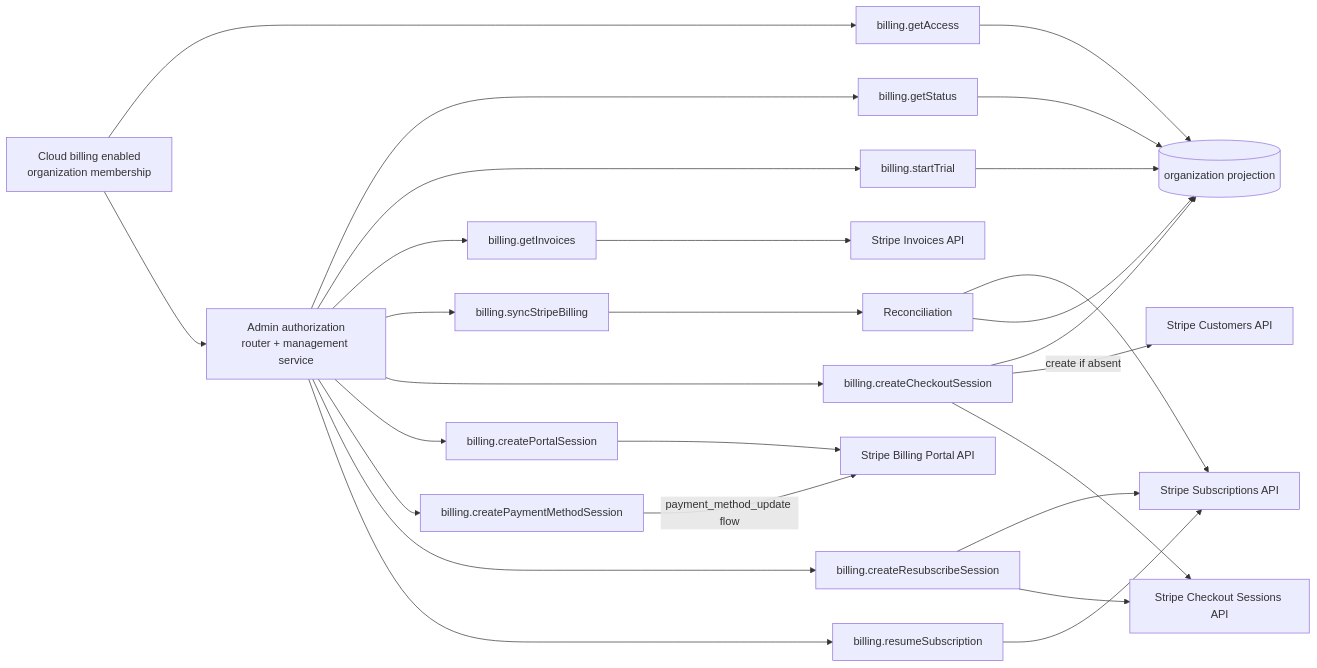
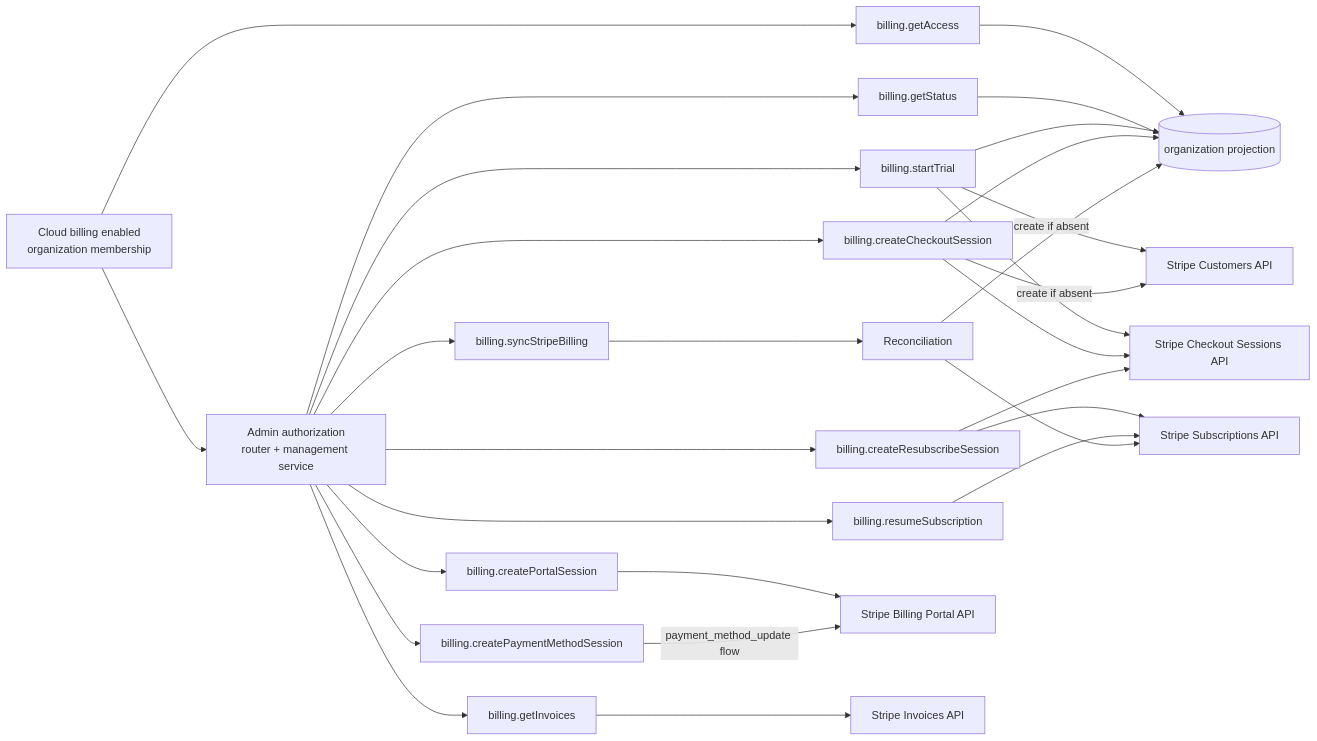
Before and after one commit to getnao/nao: the sixth of 14 diagrams in apps/backend/docs/cloud-billing-stripe.md, drawn with Mermaid. The commit also changed other lines of this file and 27 other files, not shown here.

````diff
--- a/apps/backend/docs/cloud-billing-stripe.md
+++ b/apps/backend/docs/cloud-billing-stripe.md
@@ -293,43 +344,46 @@
 ```mermaid
 flowchart LR
     MemberGuard["Cloud billing enabled<br/>organization membership"]
     AdminGuard["Admin authorization<br/>router + management service"]
 
     AccessSummary["billing.getAccess"]
     Status["billing.getStatus"]
     StartTrial["billing.startTrial"]
     Invoices["billing.getInvoices"]
     Sync["billing.syncStripeBilling"]
     Checkout["billing.createCheckoutSession"]
     Portal["billing.createPortalSession"]
     Payment["billing.createPaymentMethodSession"]
     Resubscribe["billing.createResubscribeSession"]
     Resume["billing.resumeSubscription"]
 
     Organization[("organization projection")]
     Reconcile["Reconciliation"]
     CustomerAPI["Stripe Customers API"]
     CheckoutAPI["Stripe Checkout Sessions API"]
     PortalAPI["Stripe Billing Portal API"]
     InvoiceAPI["Stripe Invoices API"]
     SubscriptionAPI["Stripe Subscriptions API"]
 
     MemberGuard --> AccessSummary --> Organization
     MemberGuard --> AdminGuard
     AdminGuard --> Status --> Organization
-    AdminGuard --> StartTrial --> Organization
+    AdminGuard --> StartTrial
+    StartTrial --> Organization
+    StartTrial -->|"create if absent"| CustomerAPI
+    StartTrial --> CheckoutAPI
     AdminGuard --> Invoices --> InvoiceAPI
     AdminGuard --> Sync --> Reconcile
     AdminGuard --> Checkout
     Checkout --> Organization
     Checkout -->|"create if absent"| CustomerAPI
     Checkout --> CheckoutAPI
     AdminGuard --> Portal --> PortalAPI
     AdminGuard --> Payment -->|"payment_method_update flow"| PortalAPI
     AdminGuard --> Resubscribe
     Resubscribe --> SubscriptionAPI
     Resubscribe --> CheckoutAPI
     AdminGuard --> Resume --> SubscriptionAPI
     Reconcile --> SubscriptionAPI
     Reconcile --> Organization
 ```
````
